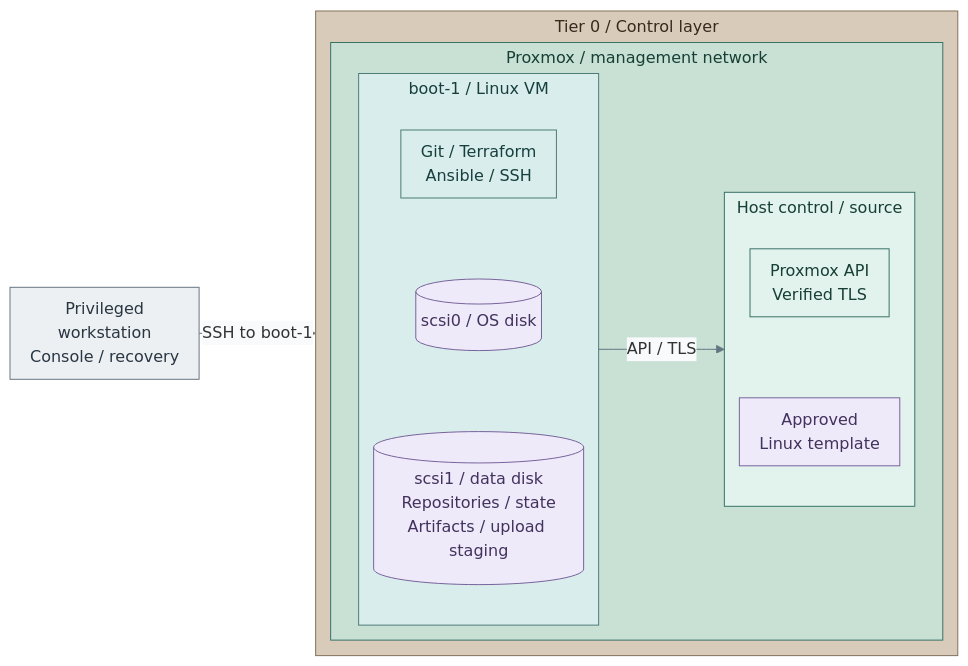
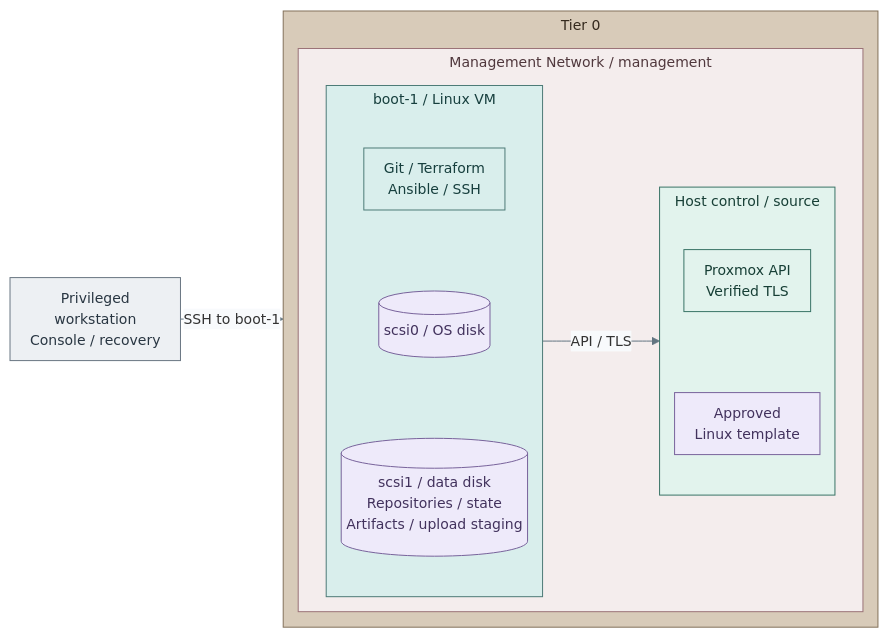
Before and after one commit to Rexus/homelab: the diagram in docs/03-deployment/foundation/bootstrap/README.md, drawn with Mermaid. The commit also changed 124 other files, not shown here.

First line of the commit message:
fix(platform): align service diagrams and directory failover

````diff
--- a/docs/03-deployment/foundation/bootstrap/README.md
+++ b/docs/03-deployment/foundation/bootstrap/README.md
@@ -14,42 +14,43 @@
 ```mermaid
-%%{init: {"theme":"base","flowchart":{"nodeSpacing":10,"rankSpacing":6,"padding":10,"subGraphTitleMargin":{"top":4,"bottom":12}},"themeVariables":{"lineColor":"#627581","edgeLabelBackground":"#f8fafc"}}}%%
+%%{init: {"theme":"base","flowchart":{"nodeSpacing":10,"rankSpacing":6,"padding":10,"subGraphTitleMargin":{"top":4,"bottom":18}},"themeVariables":{"lineColor":"#627581","edgeLabelBackground":"#f8fafc","fontFamily":"Arial, sans-serif","fontSize":"14px"},"fontFamily":"Arial, sans-serif"}}%%
 flowchart LR
   Admin["Privileged<br/>workstation<br/>Console / recovery"]
-  subgraph T0["Tier 0 / Control layer"]
+  subgraph T0["Tier 0"]
     direction TB
-      subgraph PVE["Proxmox / management network"]
+      subgraph Network["Management Network / management"]
         direction LR
         subgraph VM["boot-1 / Linux VM"]
           direction TB
           Tools["Git / Terraform<br/>Ansible / SSH"]
           OS[("scsi0 / OS disk")]
           Data[("scsi1 / data disk<br/>Repositories / state<br/>Artifacts / upload staging")]
           Tools ~~~ OS ~~~ Data
         end
         subgraph Host["Host control / source"]
           direction TB
           API["Proxmox API<br/>Verified TLS"]
           Image["Approved<br/>Linux template"]
           API ~~~ Image
         end
-        VM -->|API / TLS| Host
+        Tools -->|API / TLS| API
       end
   end
-  Admin -->|SSH to boot-1| T0
+  Admin -->|SSH to boot-1| Tools
   classDef default fill:#f8fafc,stroke:#64748b,color:#1f2937
   classDef boundary fill:#eef2f6,stroke:#64748b,color:#1f2937
   classDef actor fill:#edf0f3,stroke:#697682,color:#293642
   classDef control fill:#e2f3ed,stroke:#397366,color:#173f36
   classDef controlHeading fill:#e2f3ed,stroke:#e2f3ed,color:#173f36
   classDef runtime fill:#d9eeec,stroke:#4d7b77,color:#173f3e
   classDef data fill:#eeeafa,stroke:#78639b,color:#42325d
   class Admin actor
   class Host,API control
   class VM,Tools runtime
   class Image,OS,Data data
   classDef tier0 fill:#d8cbb9,stroke:#83715a,color:#352a1e
   class T0 tier0
   classDef tier0Heading fill:#d8cbb9,stroke:#d8cbb9,color:#352a1e
   classDef zoneControl fill:#c9e0d5,stroke:#397366,color:#173f36
-  class PVE zoneControl
+  classDef network fill:#f4eded,stroke:#9b7378,color:#50383d
+  class Network network
 ```
````
